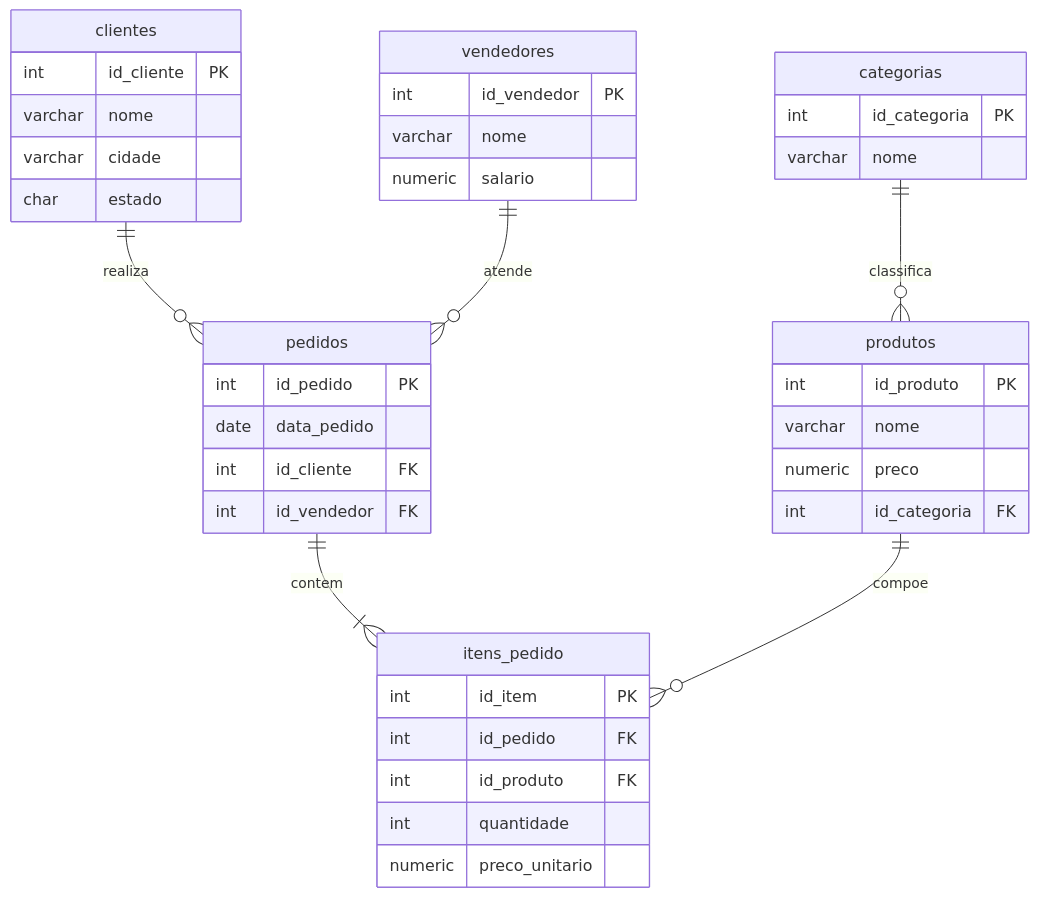
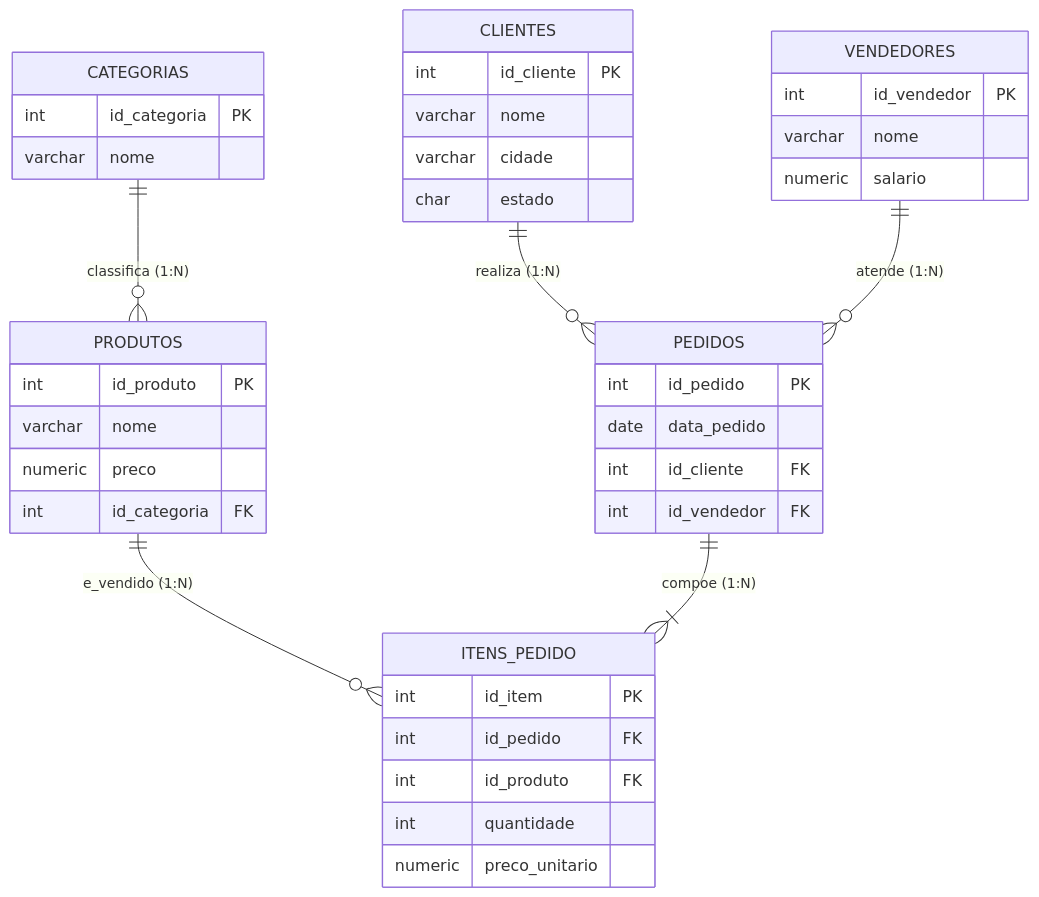
The second of 10 diagrams in 4º Semestre/[Prof. Welington Garcia] Tópicos Avançados em Banco de Dados/Trabalhos/Exercicios Joins/detalhes.md (murilolol/unifef), drawn with Mermaid before and after one commit. The commit also changed other lines of this file and 429 other files, not shown here.

````diff
--- a/4º Semestre/[Prof. Welington Garcia] Tópicos Avançados em Banco de Dados/Trabalhos/Exercicios Joins/detalhes.md
+++ b/4º Semestre/[Prof. Welington Garcia] Tópicos Avançados em Banco de Dados/Trabalhos/Exercicios Joins/detalhes.md
@@ -74,43 +270,48 @@
 ```mermaid
 erDiagram
-    clientes {
+    CLIENTES ||--o{ PEDIDOS : "realiza (1:N)"
+    VENDEDORES ||--o{ PEDIDOS : "atende (1:N)"
+    CATEGORIAS ||--o{ PRODUTOS : "classifica (1:N)"
+    PRODUTOS ||--o{ ITENS_PEDIDO : "e_vendido (1:N)"
+    PEDIDOS ||--|{ ITENS_PEDIDO : "compoe (1:N)"
+
+    CLIENTES {
         int id_cliente PK
         varchar nome
         varchar cidade
         char estado
     }
-    vendedores {
+
+    VENDEDORES {
         int id_vendedor PK
         varchar nome
         numeric salario
     }
-    categorias {
+
+    CATEGORIAS {
         int id_categoria PK
         varchar nome
     }
-    produtos {
+
+    PRODUTOS {
         int id_produto PK
         varchar nome
         numeric preco
         int id_categoria FK
     }
-    pedidos {
+
+    PEDIDOS {
         int id_pedido PK
         date data_pedido
         int id_cliente FK
         int id_vendedor FK
     }
-    itens_pedido {
+
+    ITENS_PEDIDO {
         int id_item PK
         int id_pedido FK
         int id_produto FK
         int quantidade
         numeric preco_unitario
     }
-
-    clientes ||--o{ pedidos : realiza
-    vendedores ||--o{ pedidos : atende
-    categorias ||--o{ produtos : classifica
-    pedidos ||--|{ itens_pedido : contem
-    produtos ||--o{ itens_pedido : compoe
 ```
````
